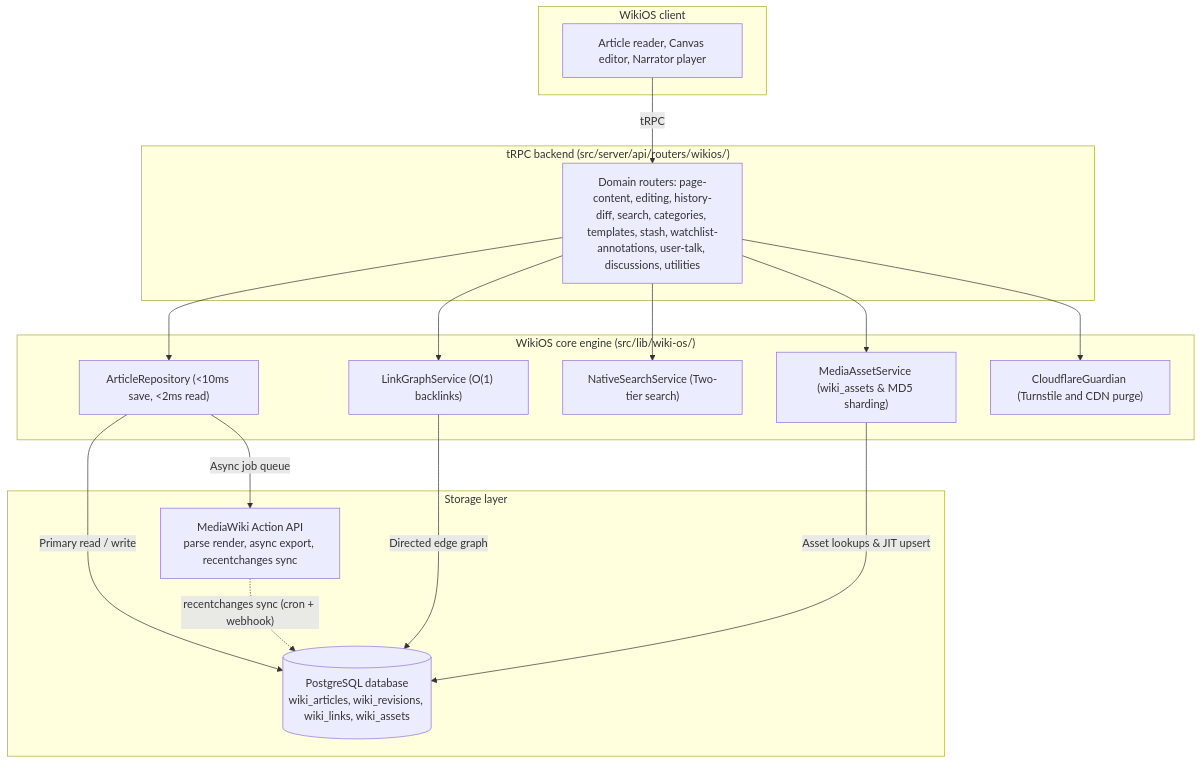
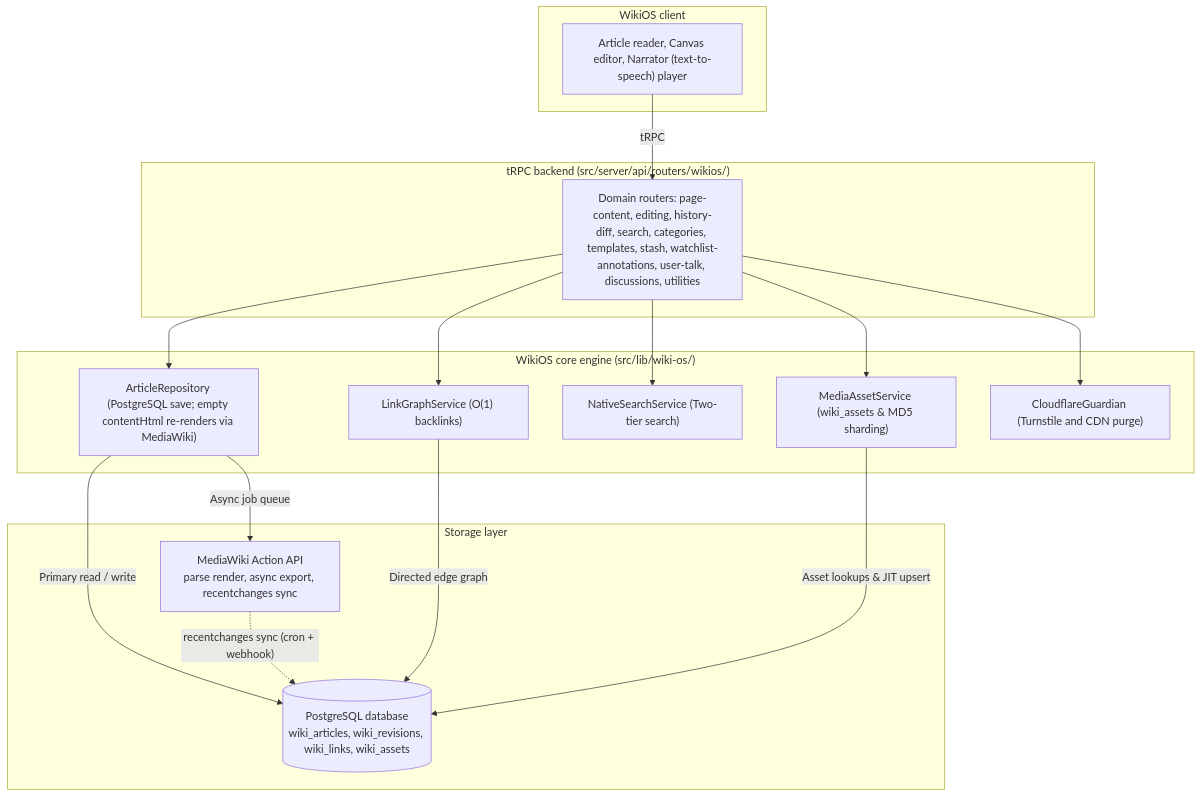
One commit to algolds/ixstats changed the diagram in docs/systems/wikios/WIKIOS.md. Above: the diagram before and after it, drawn with Mermaid. The commit also changed other lines of this file and 26 other files, not shown here.

````diff
--- a/docs/systems/wikios/WIKIOS.md
+++ b/docs/systems/wikios/WIKIOS.md
@@ -28,36 +28,36 @@
 ```mermaid
 flowchart TD
     subgraph "WikiOS client"
-        UI["Article reader, Canvas editor, Narrator player"]
+        UI["Article reader, Canvas editor, Narrator (text-to-speech) player"]
     end
 
     subgraph "tRPC backend (src/server/api/routers/wikios/)"
         Routers["Domain routers: page-content, editing, history-diff, search, categories, templates, stash, watchlist-annotations, user-talk, discussions, utilities"]
     end
 
     subgraph "WikiOS core engine (src/lib/wiki-os/)"
-        Repo["ArticleRepository (<10ms save, <2ms read)"]
+        Repo["ArticleRepository (PostgreSQL save; empty contentHtml re-renders via MediaWiki)"]
         LinkGraph["LinkGraphService (O(1) backlinks)"]
         Search["NativeSearchService (Two-tier search)"]
         Media["MediaAssetService (wiki_assets & MD5 sharding)"]
         Guardian["CloudflareGuardian (Turnstile and CDN purge)"]
     end
 
     subgraph "Storage layer"
         PG[("PostgreSQL database\nwiki_articles, wiki_revisions, wiki_links, wiki_assets")]
         MediaWiki["MediaWiki Action API\nparse render, async export, recentchanges sync"]
     end
 
     UI -->|"tRPC"| Routers
     Routers --> Repo
     Routers --> LinkGraph
     Routers --> Search
     Routers --> Media
     Routers --> Guardian
 
     Repo -->|"Primary read / write"| PG
     LinkGraph -->|"Directed edge graph"| PG
     Media -->|"Asset lookups & JIT upsert"| PG
     Repo -->|"Async job queue"| MediaWiki
     MediaWiki -.->|"recentchanges sync (cron + webhook)"| PG
 ```
````
